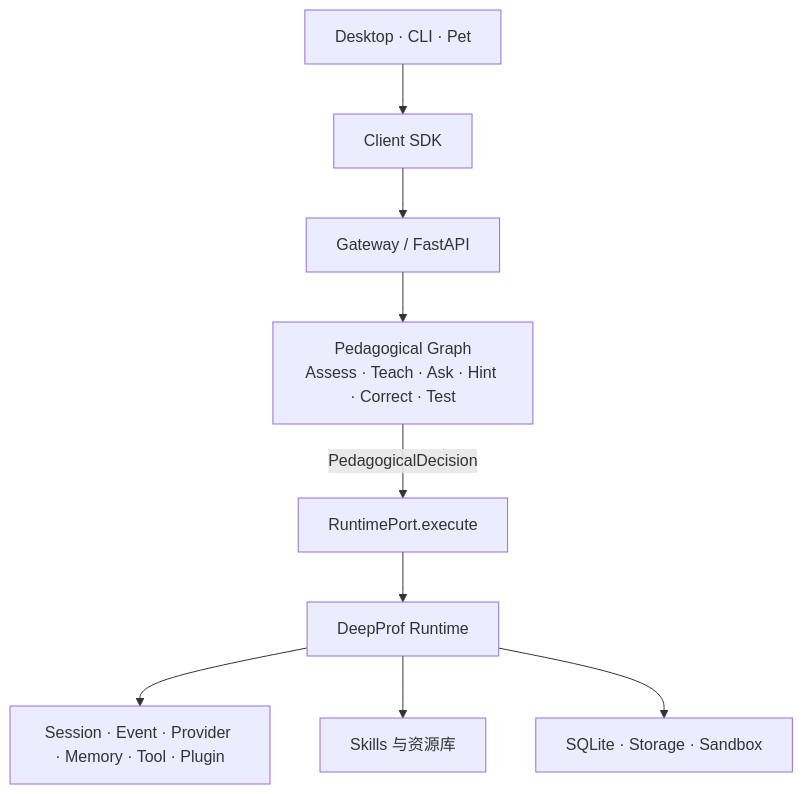
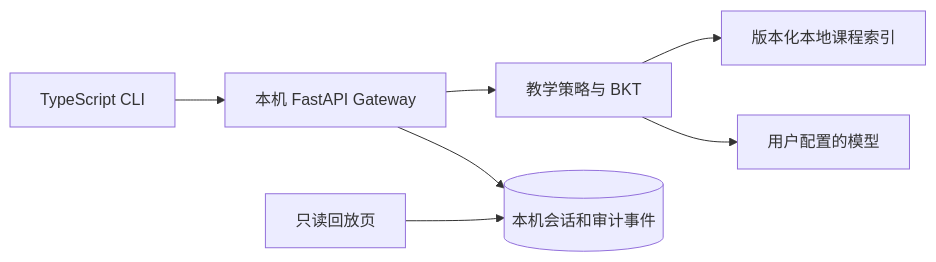
One commit to RockeyRoc/DeepProf changed the diagram in README.zh-CN.md. Above: the diagram before and after it, drawn with Mermaid. The commit also changed other lines of this file and 316 other files, not shown here.

Commit message:
Release DeepProf v0.6.2 engineering validation

````diff
--- a/README.zh-CN.md
+++ b/README.zh-CN.md
@@ -34,11 +59,9 @@
 ```mermaid
-flowchart TD
-    UI[Desktop · CLI · Pet] --> SDK[Client SDK]
-    SDK --> API[Gateway / FastAPI]
-    API --> GRAPH[Pedagogical Graph\nAssess · Teach · Ask · Hint · Correct · Test]
-    GRAPH -->|PedagogicalDecision| PORT[RuntimePort.execute]
-    PORT --> RT[DeepProf Runtime]
-    RT --> CORE[Session · Event · Provider · Memory · Tool · Plugin]
-    RT --> EDU[Skills 与资源库]
-    RT --> STORE[SQLite · Storage · Sandbox]
+flowchart LR
+  CLI[TypeScript CLI] --> API[本机 FastAPI Gateway]
+  API --> Decision[教学策略与 BKT]
+  Decision --> Evidence[版本化本地课程索引]
+  Decision --> Provider[用户配置的模型]
+  API --> Events[(本机会话和审计事件)]
+  Replay[只读回放页] --> Events
 ```
````
